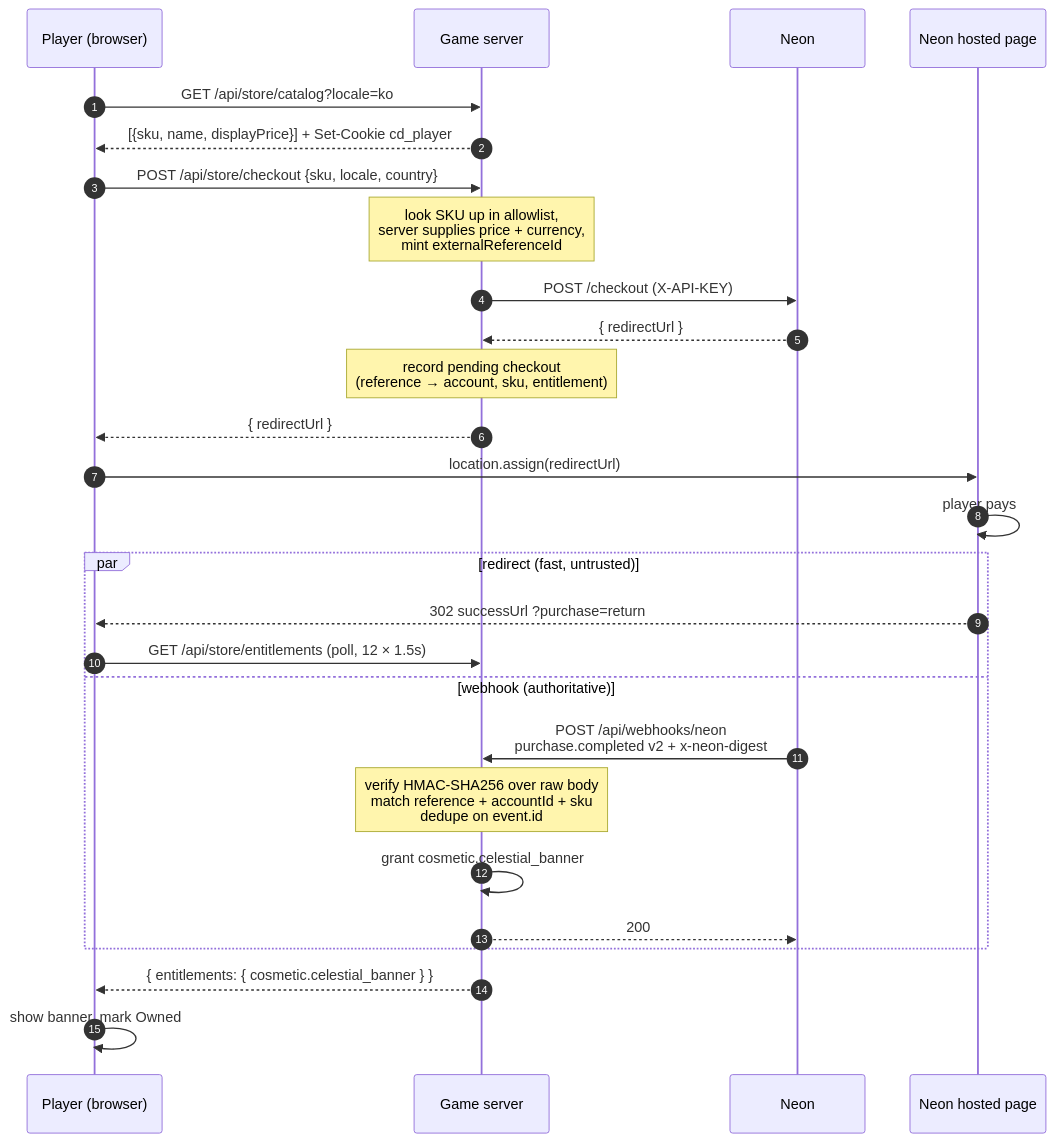
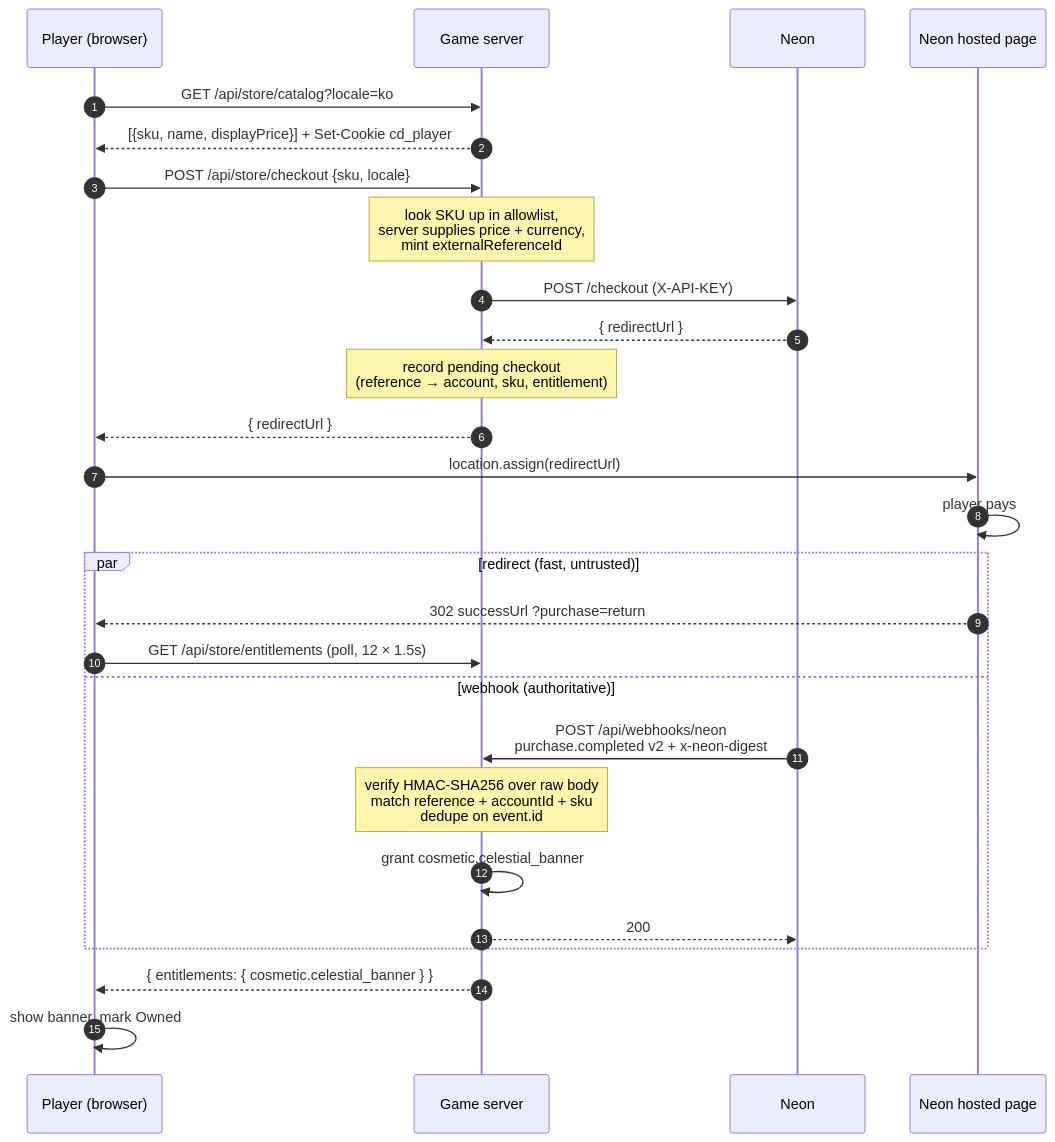
Before and after one commit to Hakhyun-Kim/neon-checkout-integration: the first of 2 diagrams in docs/02-checkout-flow.md, drawn with Mermaid. The commit also changed 12 other files, not shown here.

````diff
--- a/docs/02-checkout-flow.md
+++ b/docs/02-checkout-flow.md
@@ -5,30 +5,30 @@
 ```mermaid
 sequenceDiagram
     autonumber
     participant P as Player (browser)
     participant G as Game server
     participant N as Neon
     participant H as Neon hosted page
 
     P->>G: GET /api/store/catalog?locale=ko
     G-->>P: [{sku, name, displayPrice}] + Set-Cookie cd_player
-    P->>G: POST /api/store/checkout {sku, locale, country}
+    P->>G: POST /api/store/checkout {sku, locale}
     Note over G: look SKU up in allowlist,<br/>server supplies price + currency,<br/>mint externalReferenceId
     G->>N: POST /checkout (X-API-KEY)
     N-->>G: { redirectUrl }
     Note over G: record pending checkout<br/>(reference → account, sku, entitlement)
     G-->>P: { redirectUrl }
     P->>H: location.assign(redirectUrl)
     H->>H: player pays
     par redirect (fast, untrusted)
         H-->>P: 302 successUrl ?purchase=return
         P->>G: GET /api/store/entitlements (poll, 12 × 1.5s)
     and webhook (authoritative)
         N->>G: POST /api/webhooks/neon<br/>purchase.completed v2 + x-neon-digest
         Note over G: verify HMAC-SHA256 over raw body<br/>match reference + accountId + sku<br/>dedupe on event.id
         G->>G: grant cosmetic.celestial_banner
         G-->>N: 200
     end
     G-->>P: { entitlements: { cosmetic.celestial_banner } }
     P->>P: show banner, mark Owned
 ```
````
